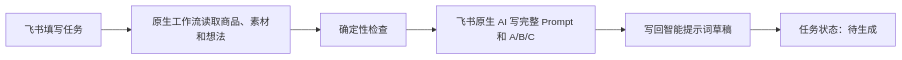
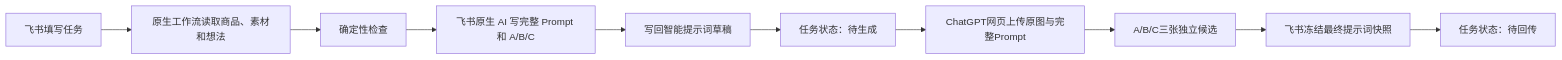
Before and after one commit to frog-716/Image-Factory-V2: the diagram in README.md, drawn with Mermaid. The commit also changed other lines of this file and 3 other files, not shown here.

````diff
--- a/README.md
+++ b/README.md
@@ -15,8 +15,12 @@
 ```mermaid
 flowchart LR
     A[飞书填写任务] --> B[原生工作流读取商品、素材和想法]
     B --> C[确定性检查]
     C --> D[飞书原生 AI 写完整 Prompt 和 A/B/C]
     D --> E[写回智能提示词草稿]
     E --> F[任务状态：待生成]
+    F --> G[ChatGPT网页上传原图与完整Prompt]
+    G --> H[A/B/C三张独立候选]
+    H --> I[飞书冻结最终提示词快照]
+    I --> J[任务状态：待回传]
 ```
````
